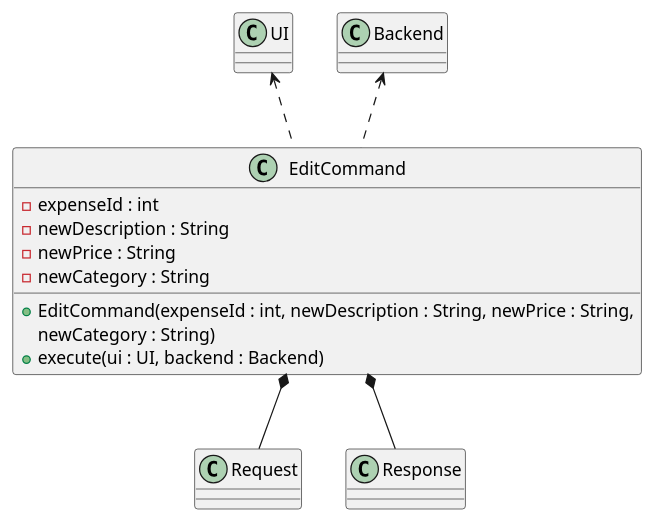
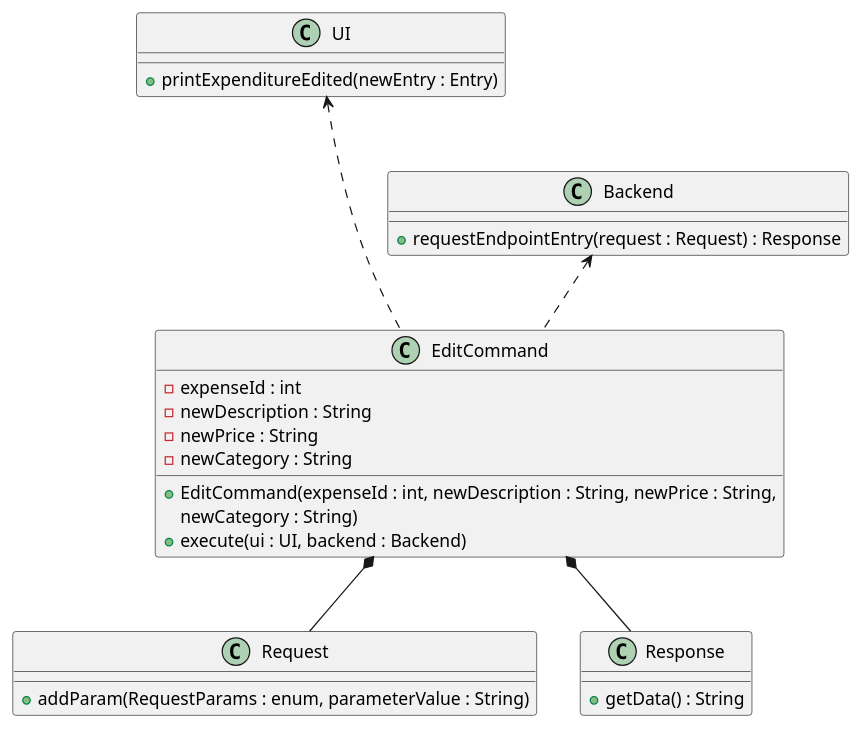
The diagram in docs/diagrams/EditCommandClassDiagram.puml (nus-cs2113-AY2223S2/tp), drawn with PlantUML before and after one commit. The commit also changed 136 other files, not shown here.

```diff
--- a/docs/diagrams/EditCommandClassDiagram.puml
+++ b/docs/diagrams/EditCommandClassDiagram.puml
@@ -1,39 +1,43 @@
 @startuml
 'https://plantuml.com/class-diagram
 
 'abstract class AbstractList
 'abstract AbstractCollection
 'interface List
 'interface Collection
 '
 'List <|-- AbstractList
 'Collection <|-- AbstractCollection
 '
-UI <.. EditCommand
+UI <... EditCommand
 Backend <.. EditCommand
 EditCommand *-- Request
 EditCommand *-- Response
 
 class EditCommand {
     - expenseId : int
     - newDescription : String
     - newPrice : String
     - newCategory : String
     + EditCommand(expenseId : int, newDescription : String, newPrice : String,
                 newCategory : String)
     + execute(ui : UI, backend : Backend)
 }
 
 class Request {
++addParam(RequestParams : enum, parameterValue : String)
 }
 
 class UI {
++printExpenditureEdited(newEntry : Entry)
 }
 
 class Response{
++getData() : String
 }
 
 class Backend{
++requestEndpointEntry(request : Request) : Response
 }
 
 @enduml
```
